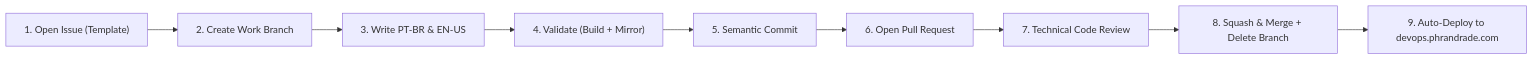
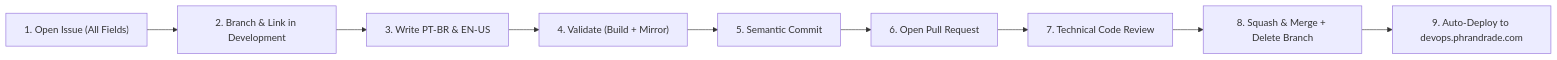
Before and after one commit to pedroiff0/devops-guide: the diagram in AGENTS.md, drawn with Mermaid. The commit also changed other lines of this file and 2 other files, not shown here.

Commit message:
docs(skills): atualizar skill de fluxo agil com campos completos de issue e vinculo em development

````diff
--- a/AGENTS.md
+++ b/AGENTS.md
@@ -93,11 +93,11 @@
 ```mermaid
 graph LR
-    Issue["1. Open Issue (Template)"] --> Branch["2. Create Work Branch"]
+    Issue["1. Open Issue (All Fields)"] --> Branch["2. Branch & Link in Development"]
     Branch --> Author["3. Write PT-BR & EN-US"]
     Author --> Validate["4. Validate (Build + Mirror)"]
     Validate --> Commit["5. Semantic Commit"]
     Commit --> PR["6. Open Pull Request"]
     PR --> Review["7. Technical Code Review"]
     Review --> Merge["8. Squash & Merge + Delete Branch"]
     Merge --> Deploy["9. Auto-Deploy to devops.phrandrade.com"]
 ```
````
